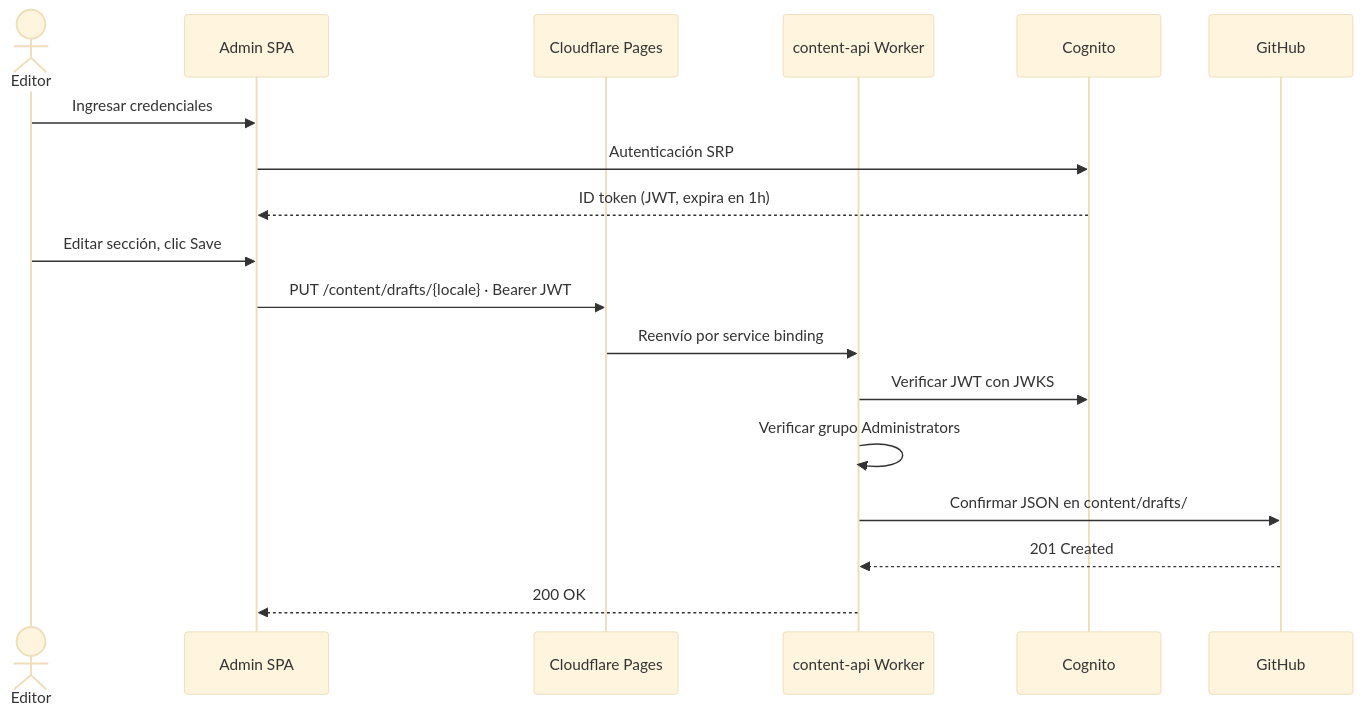
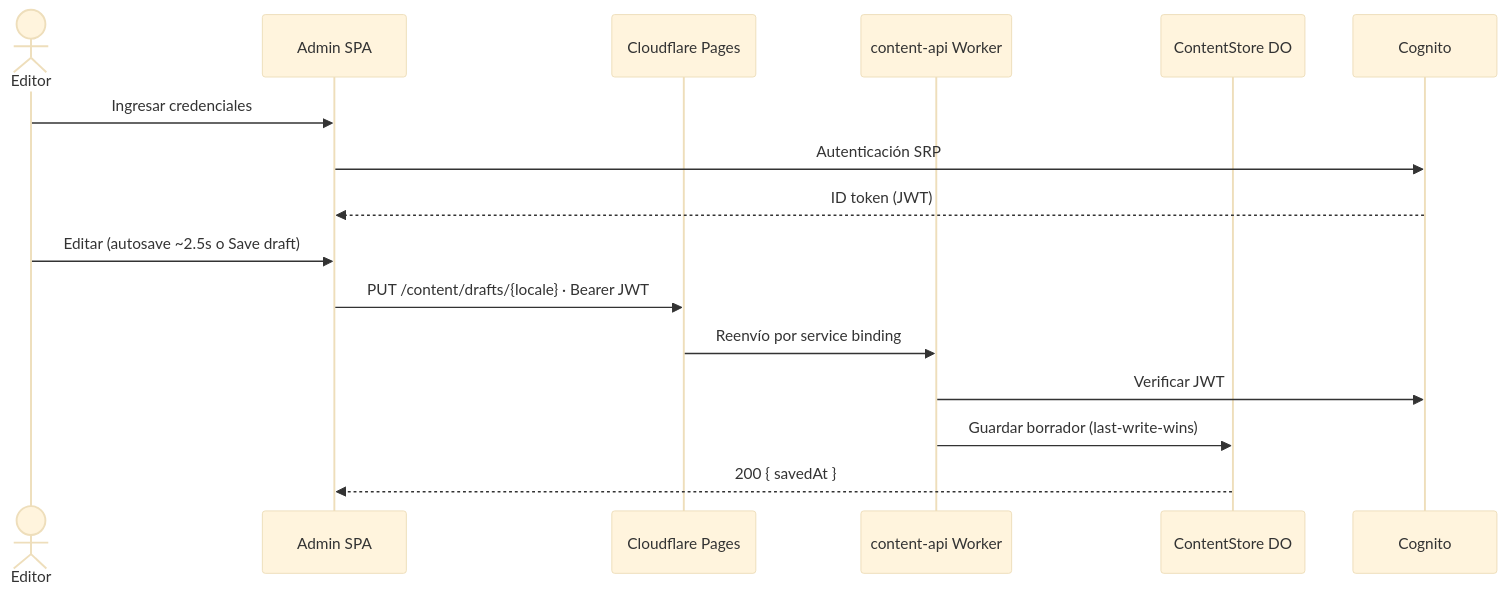
Before and after one commit to Bonae-Tech/bonae-tech: the third of 5 diagrams in docs/architecture.md, drawn with Mermaid (base theme). The commit also changed other lines of this file and 40 other files, not shown here.

First line of the commit message:
ContentStore: SQLite drafts, atomic publish, and admin publish overlay (#77)

````diff
--- a/docs/architecture.md
+++ b/docs/architecture.md
@@ -193,22 +200,20 @@
 ```mermaid
 sequenceDiagram
     actor Editor
     participant SPA as Admin SPA
     participant Pages as Cloudflare Pages
     participant Worker as content-api Worker
+    participant DO as ContentStore DO
     participant Cognito
-    participant GH as GitHub
 
     Editor->>SPA: Ingresar credenciales
     SPA->>Cognito: Autenticación SRP
-    Cognito-->>SPA: ID token (JWT, expira en 1h)
+    Cognito-->>SPA: ID token (JWT)
 
-    Editor->>SPA: Editar sección, clic Save
+    Editor->>SPA: Editar (autosave ~2.5s o Save draft)
     SPA->>Pages: PUT /content/drafts/{locale} · Bearer JWT
     Pages->>Worker: Reenvío por service binding
-    Worker->>Cognito: Verificar JWT con JWKS
-    Worker->>Worker: Verificar grupo Administrators
-    Worker->>GH: Confirmar JSON en content/drafts/
-    GH-->>Worker: 201 Created
-    Worker-->>SPA: 200 OK
+    Worker->>Cognito: Verificar JWT
+    Worker->>DO: Guardar borrador (last-write-wins)
+    DO-->>SPA: 200 { savedAt }
 ```
````
